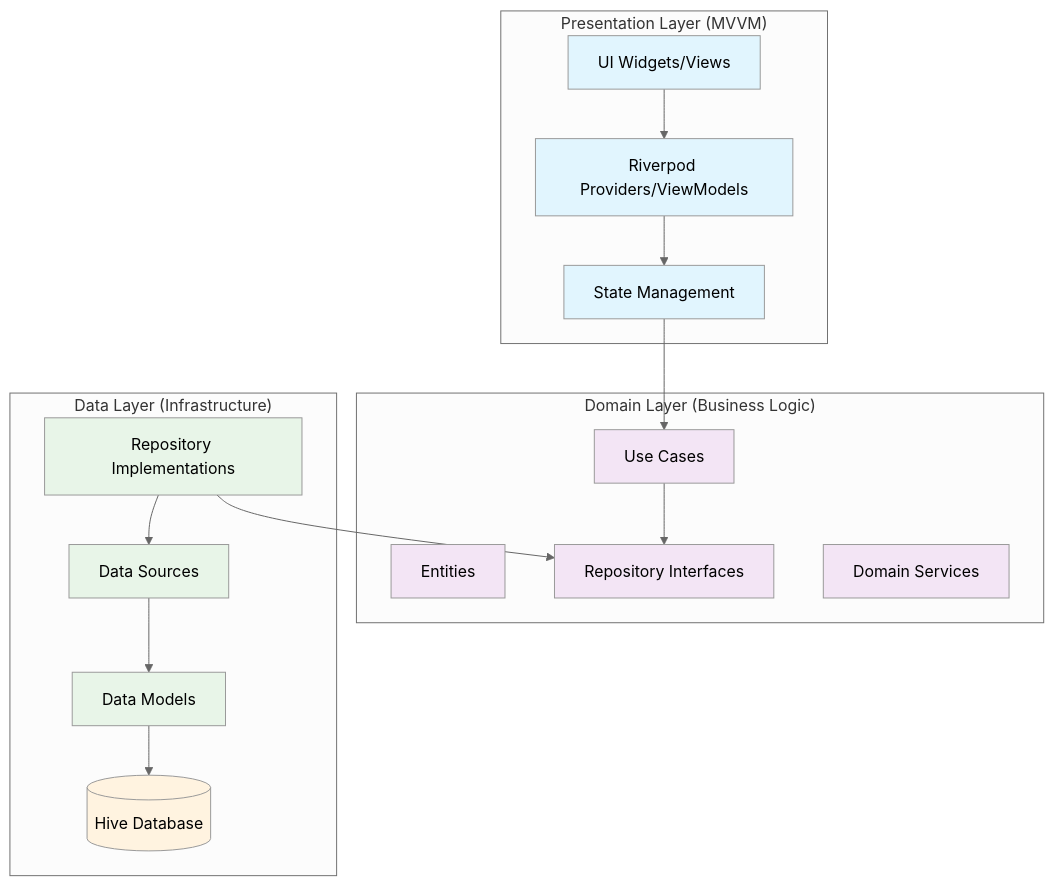
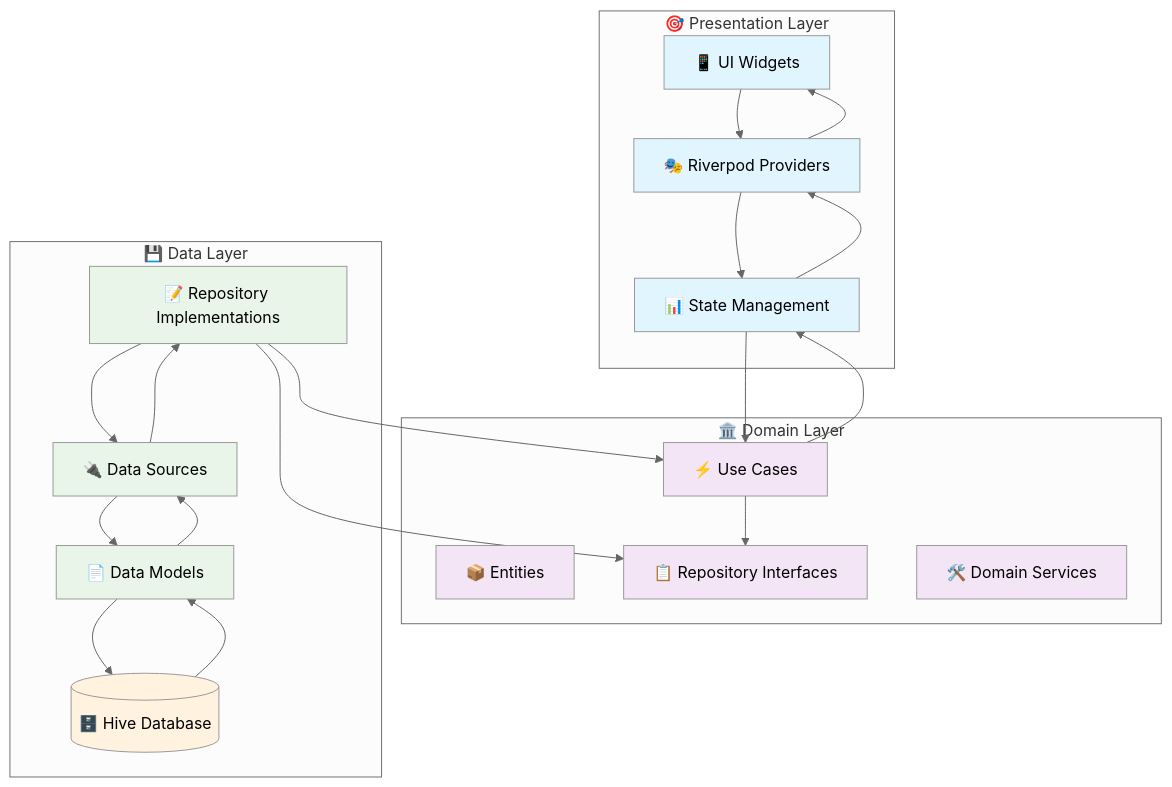
Before and after one commit to sagarkhakhar/ExpenseTracker: the first of 8 diagrams in README.md, drawn with Mermaid (neutral theme). The commit also changed other lines of this file, not shown here.

````diff
--- a/README.md
+++ b/README.md
@@ -36,43 +114,51 @@
 ```mermaid
 graph TB
-    subgraph "Presentation Layer (MVVM)"
-        UI[UI Widgets/Views]
-        VM[Riverpod Providers/ViewModels]
-        State[State Management]
+    subgraph "🎯 Presentation Layer"
+        UI[📱 UI Widgets]
+        VM[🎭 Riverpod Providers]
+        State[📊 State Management]
     end
 
-    subgraph "Domain Layer (Business Logic)"
-        Entities[Entities]
-        UseCases[Use Cases]
-        RepoInterfaces[Repository Interfaces]
-        Services[Domain Services]
+    subgraph "🏛️ Domain Layer"
+        Entities[📦 Entities]
+        UseCases[⚡ Use Cases]
+        RepoInt[📋 Repository Interfaces]
+        Services[🛠️ Domain Services]
     end
 
-    subgraph "Data Layer (Infrastructure)"
-        RepoImpl[Repository Implementations]
-        DataSources[Data Sources]
-        Models[Data Models]
-        HiveDB[(Hive Database)]
+    subgraph "💾 Data Layer"
+        RepoImpl[📝 Repository Implementations]
+        DataSources[🔌 Data Sources]
+        Models[📄 Data Models]
+        HiveDB[(🗄️ Hive Database)]
     end
 
     UI --> VM
     VM --> State
     State --> UseCases
-    UseCases --> RepoInterfaces
-    RepoImpl --> RepoInterfaces
+    UseCases --> RepoInt
+    RepoImpl --> RepoInt
     RepoImpl --> DataSources
     DataSources --> Models
     Models --> HiveDB
+
+    HiveDB --> Models
+    Models --> DataSources
+    DataSources --> RepoImpl
+    RepoImpl --> UseCases
+    UseCases --> State
+    State --> VM
+    VM --> UI
 
     style UI fill:#e1f5fe
     style VM fill:#e1f5fe
     style State fill:#e1f5fe
     style Entities fill:#f3e5f5
     style UseCases fill:#f3e5f5
-    style RepoInterfaces fill:#f3e5f5
+    style RepoInt fill:#f3e5f5
     style Services fill:#f3e5f5
     style RepoImpl fill:#e8f5e8
     style DataSources fill:#e8f5e8
     style Models fill:#e8f5e8
     style HiveDB fill:#fff3e0
 ```
````
